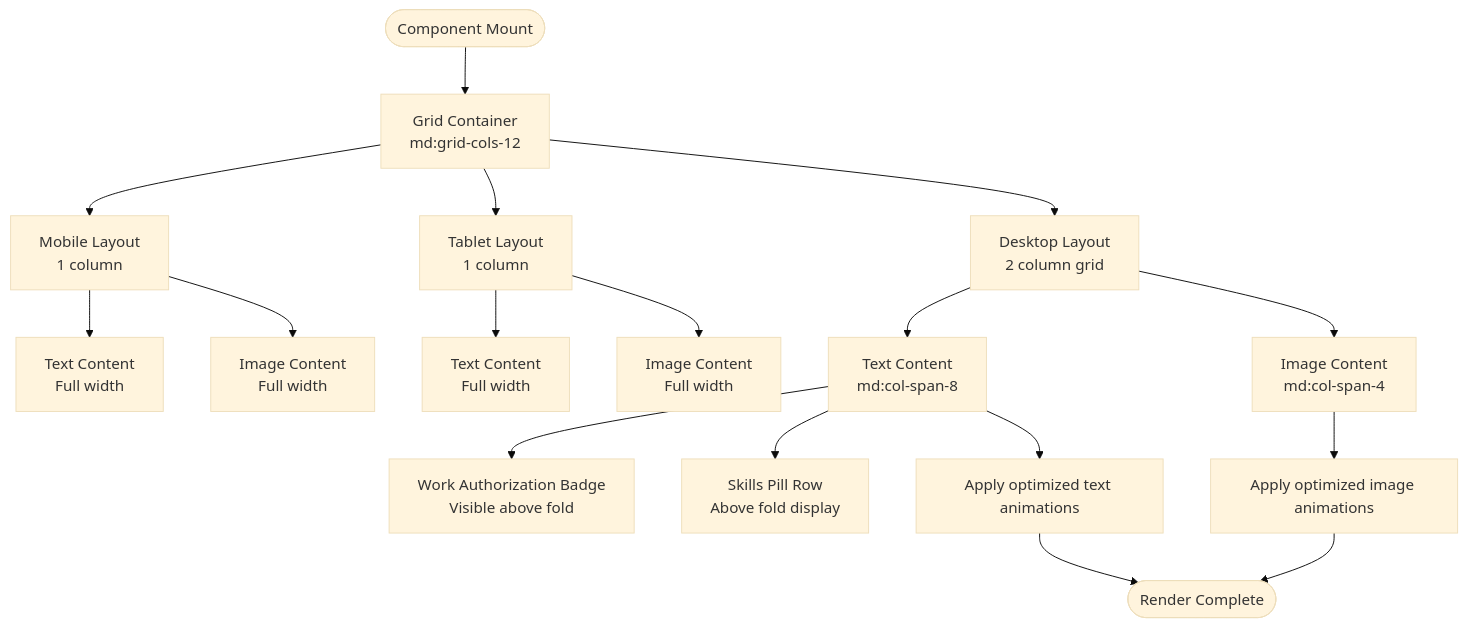
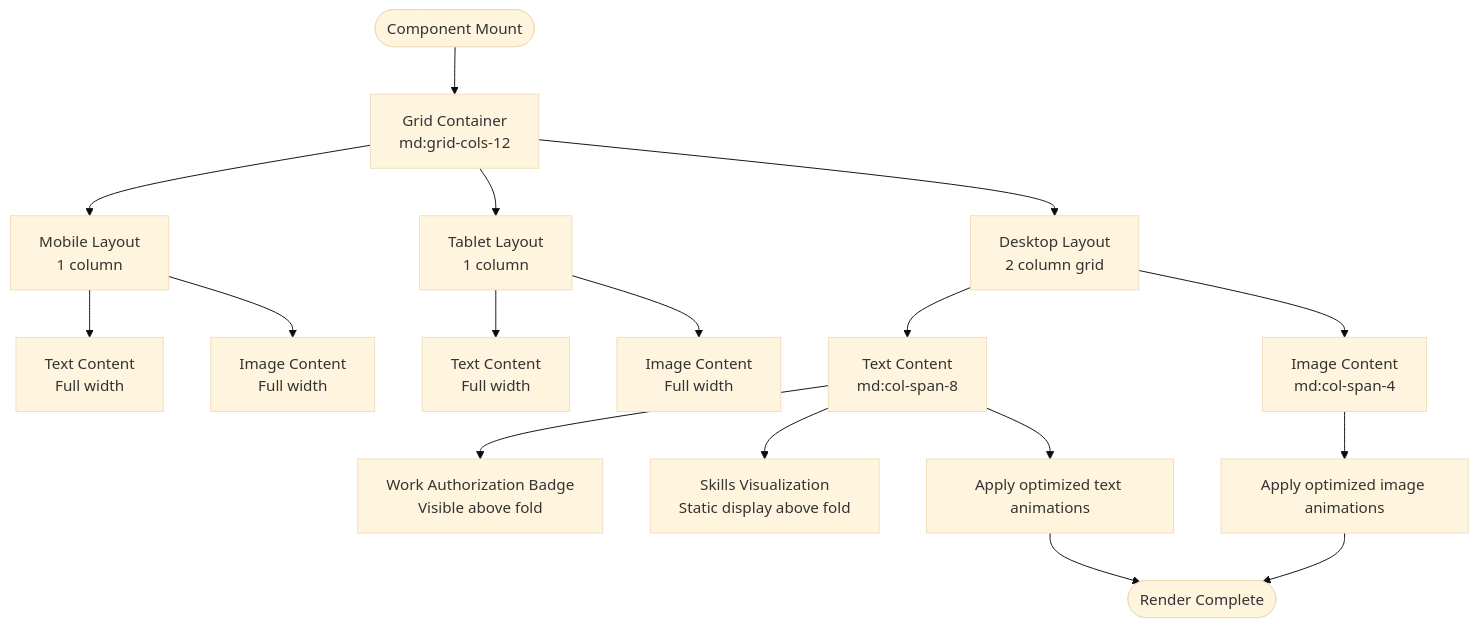
The third of 6 diagrams in .qoder/repowiki/en/content/Component Library & UI Elements/Hero Component.md (subash7781/Portfolio), drawn with Mermaid (base theme) before and after one commit. The commit also changed other lines of this file and 5 other files, not shown here.

````diff
--- a/.qoder/repowiki/en/content/Component Library & UI Elements/Hero Component.md
+++ b/.qoder/repowiki/en/content/Component Library & UI Elements/Hero Component.md
@@ -154,19 +155,19 @@
 ```mermaid
 flowchart TD
 Start([Component Mount]) --> Container["Grid Container<br/>md:grid-cols-12"]
 Container --> Mobile["Mobile Layout<br/>1 column"]
 Container --> Tablet["Tablet Layout<br/>1 column"]
 Container --> Desktop["Desktop Layout<br/>2 column grid"]
 Mobile --> TextMobile["Text Content<br/>Full width"]
 Mobile --> ImageMobile["Image Content<br/>Full width"]
 Tablet --> TextTablet["Text Content<br/>Full width"]
 Tablet --> ImageTablet["Image Content<br/>Full width"]
 Desktop --> TextDesktop["Text Content<br/>md:col-span-8"]
 Desktop --> ImageDesktop["Image Content<br/>md:col-span-4"]
 TextDesktop --> WorkAuth["Work Authorization Badge<br/>Visible above fold"]
-TextDesktop --> SkillsRow["Skills Pill Row<br/>Above fold display"]
+TextDesktop --> SkillsRow["Skills Visualization<br/>Static display above fold"]
 TextDesktop --> Animations["Apply optimized text animations"]
 ImageDesktop --> ImageEffects["Apply optimized image animations"]
 Animations --> Complete([Render Complete])
 ImageEffects --> Complete
 ```
````
